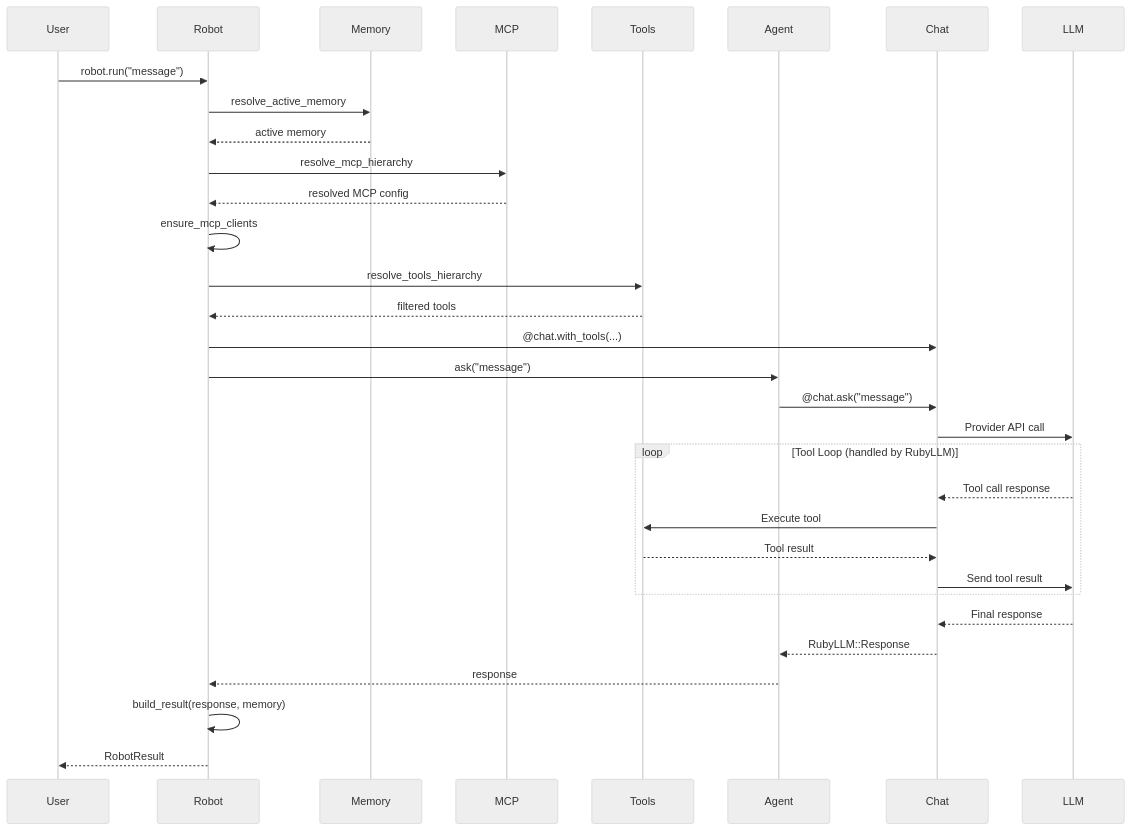
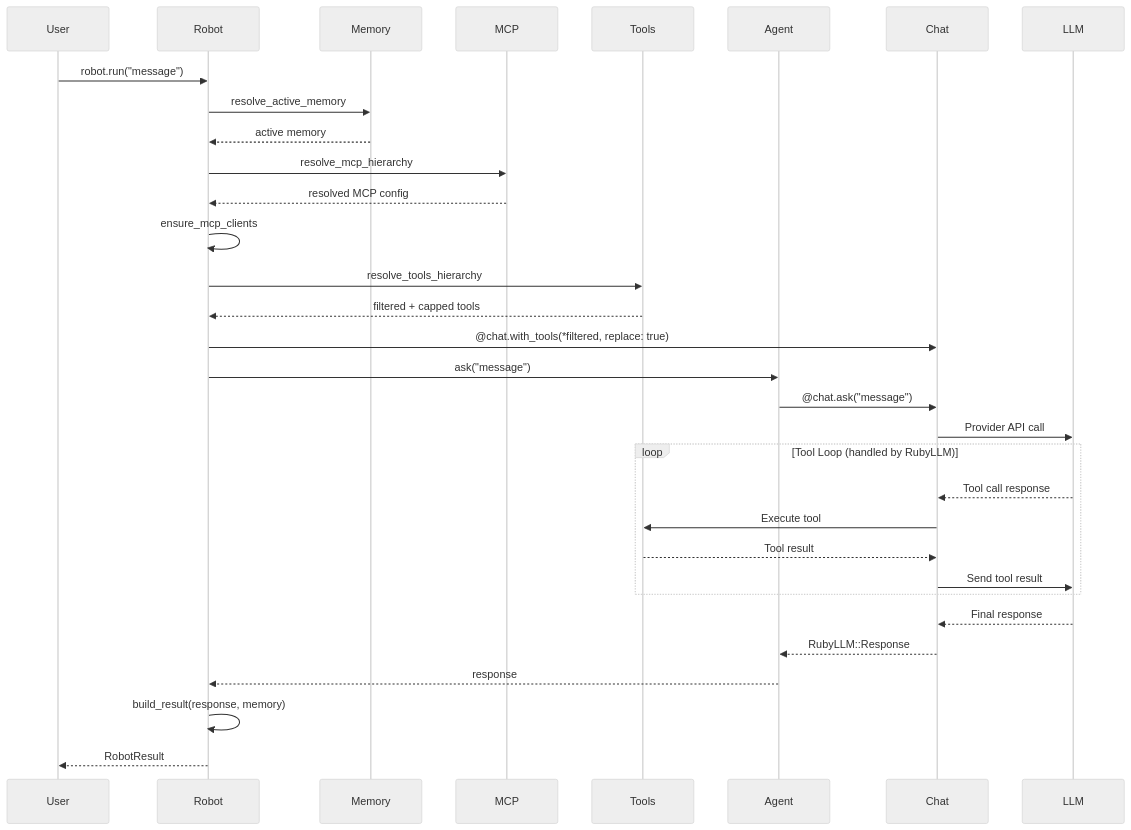
One commit to MadBomber/robot_lab changed the second of 3 diagrams in docs/architecture/message-flow.md. Above: the diagram before and after it, drawn with Mermaid (neutral theme). The commit also changed other lines of this file and 45 other files, not shown here.

````diff
--- a/docs/architecture/message-flow.md
+++ b/docs/architecture/message-flow.md
@@ -109,41 +136,41 @@
 ```mermaid
 sequenceDiagram
     participant User
     participant Robot
     participant Memory
     participant MCP
     participant Tools
     participant Agent
     participant Chat
     participant LLM
 
     User->>Robot: robot.run("message")
     Robot->>Memory: resolve_active_memory
     Memory-->>Robot: active memory
 
     Robot->>MCP: resolve_mcp_hierarchy
     MCP-->>Robot: resolved MCP config
     Robot->>Robot: ensure_mcp_clients
 
     Robot->>Tools: resolve_tools_hierarchy
-    Tools-->>Robot: filtered tools
-    Robot->>Chat: @chat.with_tools(...)
+    Tools-->>Robot: filtered + capped tools
+    Robot->>Chat: @chat.with_tools(*filtered, replace: true)
 
     Robot->>Agent: ask("message")
     Agent->>Chat: @chat.ask("message")
     Chat->>LLM: Provider API call
 
     loop Tool Loop (handled by RubyLLM)
         LLM-->>Chat: Tool call response
         Chat->>Tools: Execute tool
         Tools-->>Chat: Tool result
         Chat->>LLM: Send tool result
     end
 
     LLM-->>Chat: Final response
     Chat-->>Agent: RubyLLM::Response
     Agent-->>Robot: response
 
     Robot->>Robot: build_result(response, memory)
     Robot-->>User: RobotResult
 ```
````
